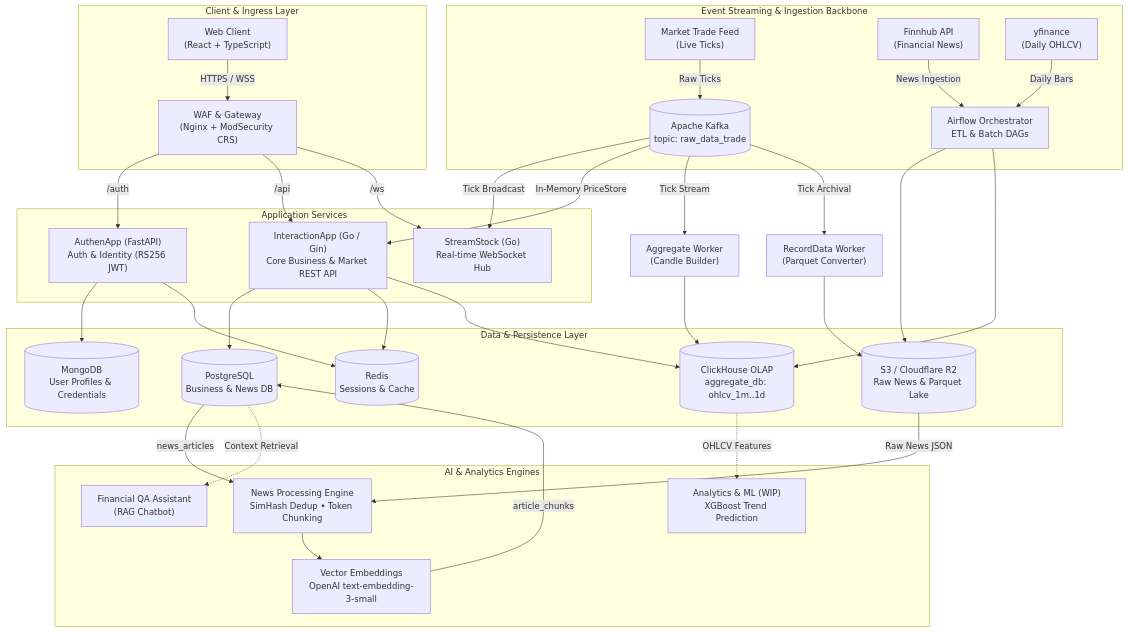
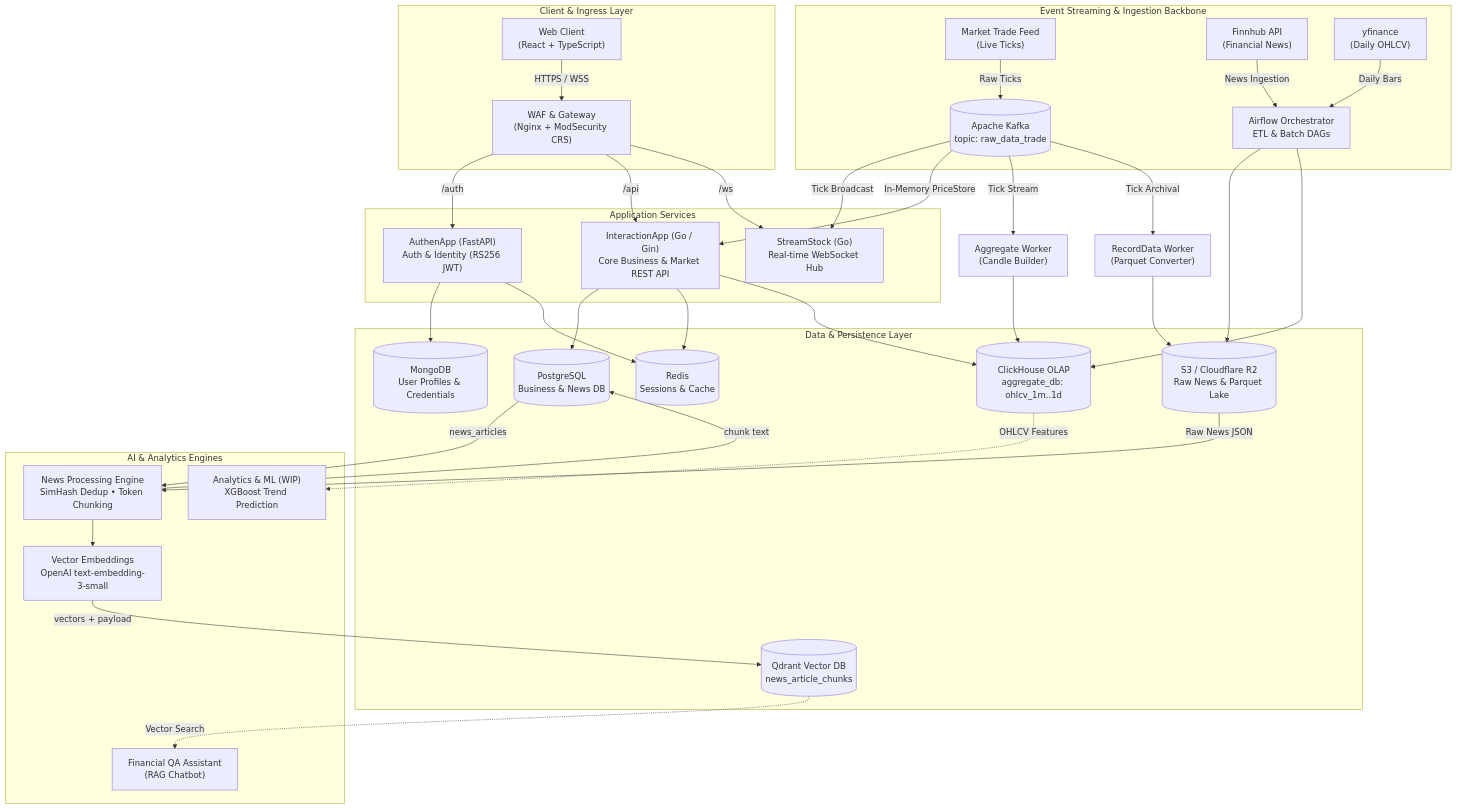
The first of 4 diagrams in README.md (kasync-lang/Kstock), drawn with Mermaid before and after one commit. The commit also changed other lines of this file, not shown here.

````diff
--- a/README.md
+++ b/README.md
@@ -26,73 +26,75 @@
 ```mermaid
 flowchart TD
     %% Ingress & Client
     subgraph ClientGateway["Client & Ingress Layer"]
         FE["Web Client\n(React + TypeScript)"]
         WAF["WAF & Gateway\n(Nginx + ModSecurity CRS)"]
         FE -->|HTTPS / WSS| WAF
     end
 
     %% Core Application Services
     subgraph CoreServices["Application Services"]
         AUTH["AuthenApp (FastAPI)\nAuth & Identity (RS256 JWT)"]
         API["InteractionApp (Go / Gin)\nCore Business & Market REST API"]
         WS["StreamStock (Go)\nReal-time WebSocket Hub"]
     end
 
     WAF -->|/auth| AUTH
     WAF -->|/api| API
     WAF -->|/ws| WS
 
     %% Ingestion & Streaming Backbone
     subgraph MessagingIngest["Event Streaming & Ingestion Backbone"]
         FEED["Market Trade Feed\n(Live Ticks)"]
         FINN["Finnhub API\n(Financial News)"]
         YF["yfinance\n(Daily OHLCV)"]
         KAFKA[("Apache Kafka\ntopic: raw_data_trade")]
         AIRFLOW["Airflow Orchestrator\nETL & Batch DAGs"]
         
         FEED -->|Raw Ticks| KAFKA
         FINN -->|News Ingestion| AIRFLOW
         YF -->|Daily Bars| AIRFLOW
     end
 
     %% Realtime Consumers
     KAFKA -->|Tick Broadcast| WS
     KAFKA -->|In-Memory PriceStore| API
     KAFKA -->|Tick Stream| AGG["Aggregate Worker\n(Candle Builder)"]
     KAFKA -->|Tick Archival| REC["RecordData Worker\n(Parquet Converter)"]
 
     %% Persistence Layer
     subgraph StorageLayer["Data & Persistence Layer"]
         CLICKHOUSE[("ClickHouse OLAP\naggregate_db: ohlcv_1m..1d")]
         PG[("PostgreSQL\nBusiness & News DB")]
         MONGO[("MongoDB\nUser Profiles & Credentials")]
         REDIS[("Redis\nSessions & Cache")]
         S3[("S3 / Cloudflare R2\nRaw News & Parquet Lake")]
+        QDRANT[("Qdrant Vector DB\nnews_article_chunks")]
     end
 
     AUTH --> MONGO
     AUTH --> REDIS
     API --> PG
     API --> REDIS
     API --> CLICKHOUSE
     AGG --> CLICKHOUSE
     REC --> S3
     AIRFLOW --> S3
     AIRFLOW --> CLICKHOUSE
 
     %% AI & Analytics Layer
     subgraph AILayer["AI & Analytics Engines"]
         PROC["News Processing Engine\nSimHash Dedup • Token Chunking"]
         EMBED["Vector Embeddings\nOpenAI text-embedding-3-small"]
         CHAT["Financial QA Assistant\n(RAG Chatbot)"]
         ML["Analytics & ML (WIP)\nXGBoost Trend Prediction"]
 
         S3 -->|Raw News JSON| PROC
         PG -->|news_articles| PROC
+        PROC -->|chunk text| PG
         PROC --> EMBED
-        EMBED -->|article_chunks| PG
-        PG -.->|Context Retrieval| CHAT
+        EMBED -->|vectors + payload| QDRANT
+        QDRANT -.->|Vector Search| CHAT
         CLICKHOUSE -.->|OHLCV Features| ML
     end
 ```
````
